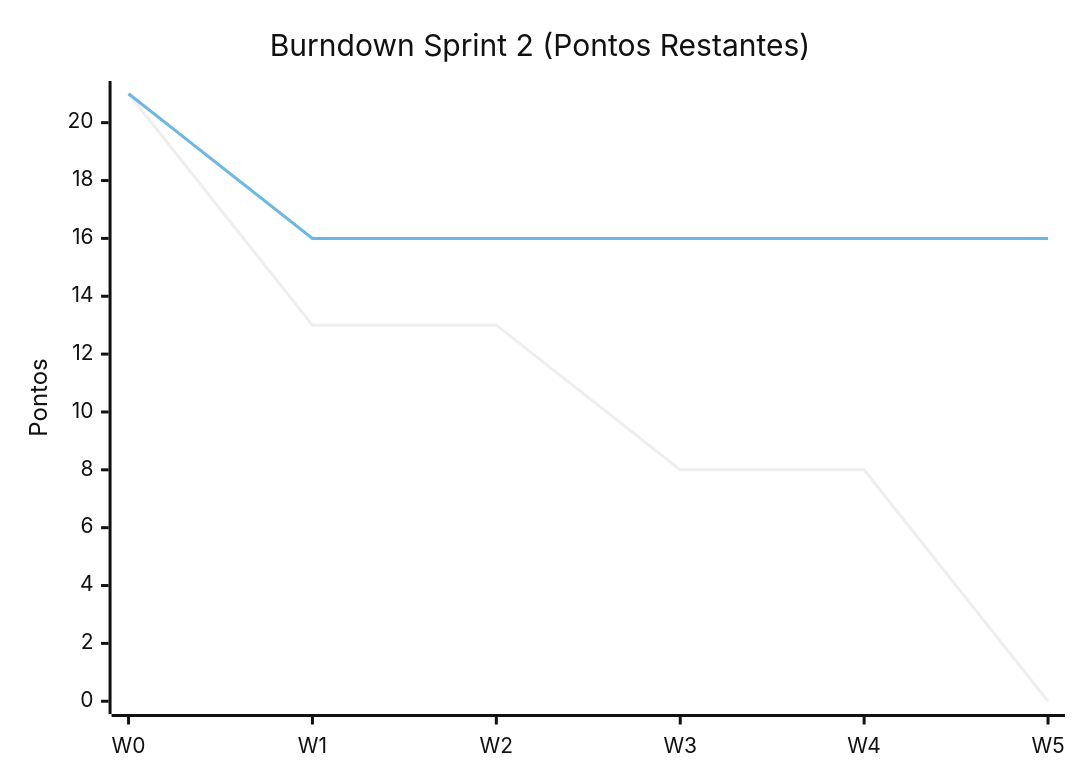
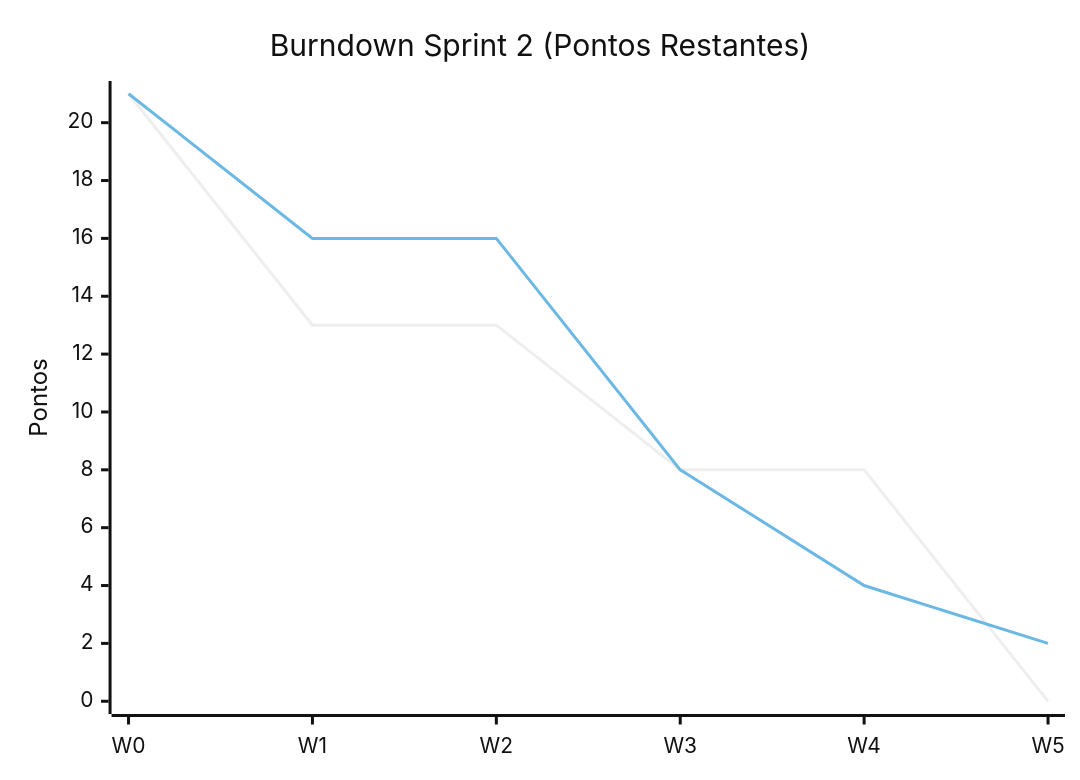
Before and after one commit to candago-6/documentacao: the second of 3 diagrams in README.md, drawn with Mermaid (neutral theme).

````diff
--- a/README.md
+++ b/README.md
@@ -151,8 +151,8 @@
 ```mermaid
 xychart-beta
 	title "Burndown Sprint 2 (Pontos Restantes)"
 	x-axis [W0, W1, W2, W3, W4, W5]
 	y-axis "Pontos" 0 --> 21
 	line "planejado" [21, 13, 13, 8, 8, 0]
-	line "real" [21, 16, 16, 16, 16, 16]
+	line "real" [21, 16, 16, 8, 4, 2]
 ```
````
